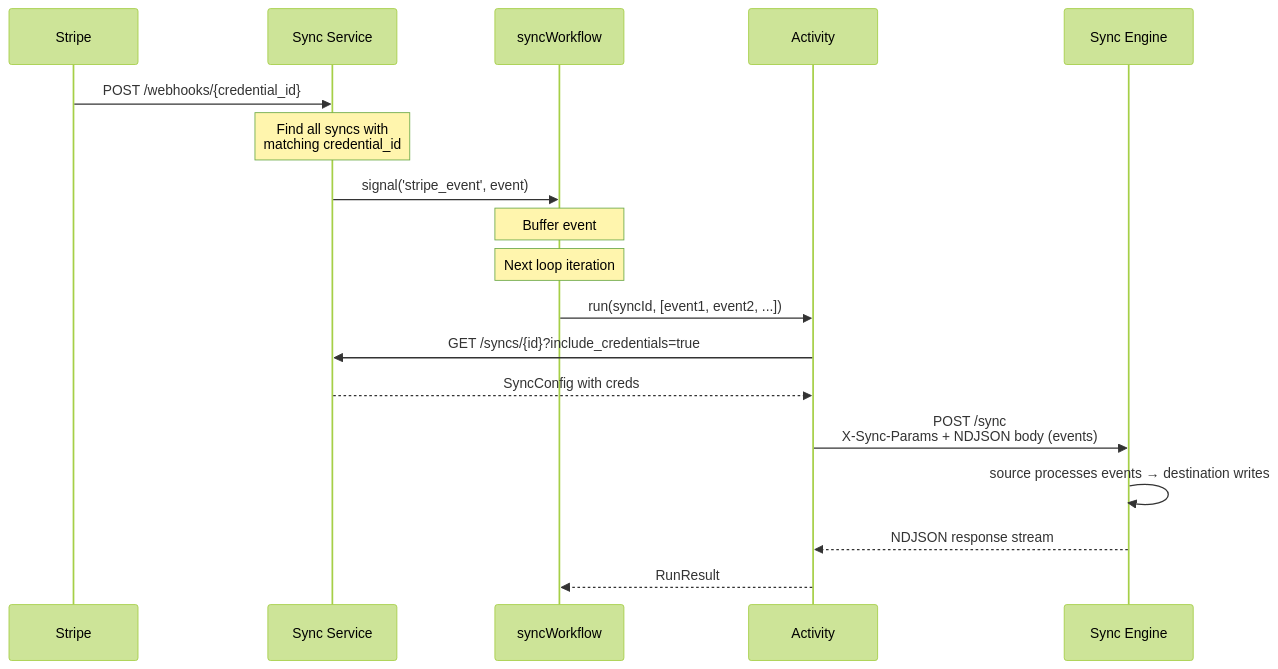
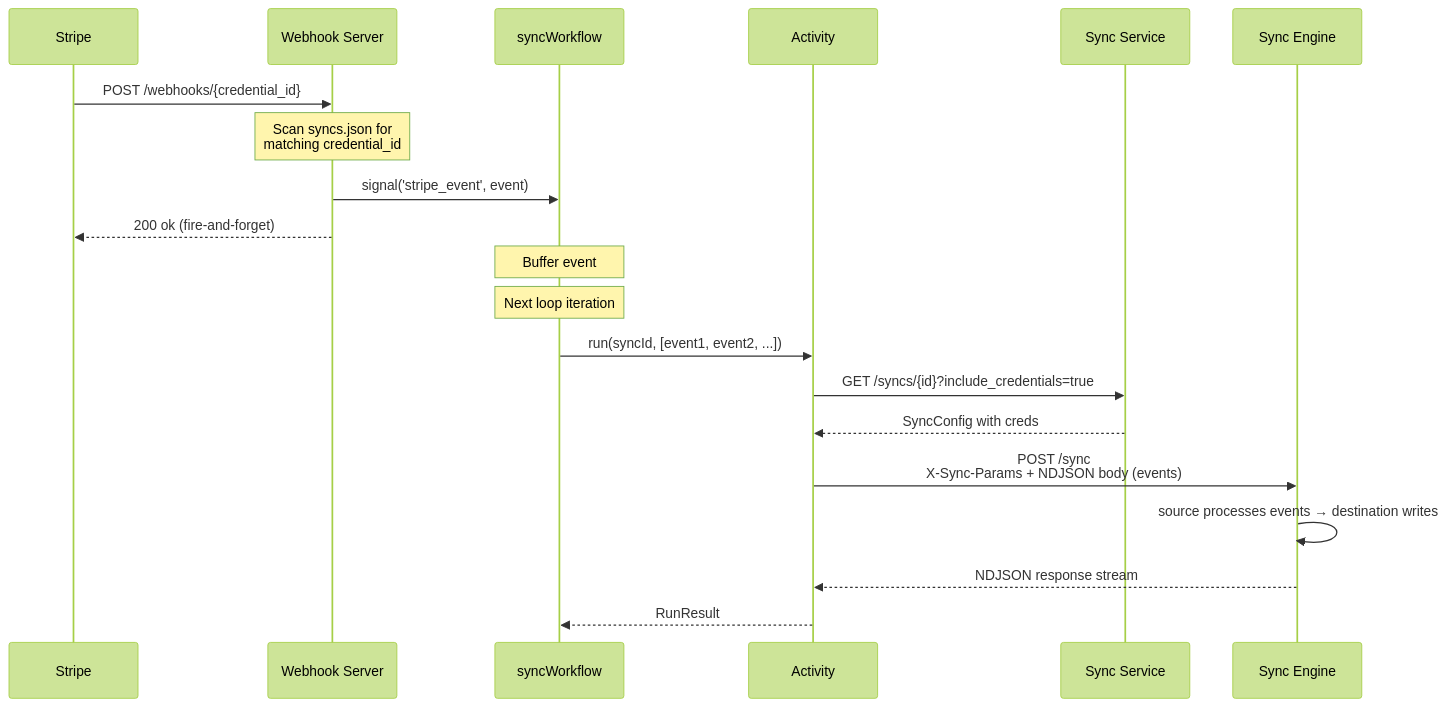
Before and after one commit to supabase/stripe-sync-engine: the third of 5 diagrams in docs/pages/service/temporal.md, drawn with Mermaid (forest theme). The commit also changed other lines of this file, not shown here.

First line of the commit message:
docs(temporal): update for three-server architecture (webhook server split out)

````diff
--- a/docs/pages/service/temporal.md
+++ b/docs/pages/service/temporal.md
@@ -106,23 +112,25 @@
 ```mermaid
 sequenceDiagram
     participant Stripe
-    participant Service as Sync Service
+    participant Webhook as Webhook Server
     participant Workflow as syncWorkflow
     participant Activity
+    participant Service as Sync Service
     participant Engine as Sync Engine
 
-    Stripe->>Service: POST /webhooks/{credential_id}
-    Note over Service: Find all syncs with<br/>matching credential_id
-    Service->>Workflow: signal('stripe_event', event)
+    Stripe->>Webhook: POST /webhooks/{credential_id}
+    Note over Webhook: Scan syncs.json for<br/>matching credential_id
+    Webhook->>Workflow: signal('stripe_event', event)
+    Webhook-->>Stripe: 200 ok (fire-and-forget)
     Note over Workflow: Buffer event
 
     Note over Workflow: Next loop iteration
 
     Workflow->>Activity: run(syncId, [event1, event2, ...])
     Activity->>Service: GET /syncs/{id}?include_credentials=true
     Service-->>Activity: SyncConfig with creds
     Activity->>Engine: POST /sync<br/>X-Sync-Params + NDJSON body (events)
     Engine->>Engine: source processes events → destination writes
     Engine-->>Activity: NDJSON response stream
     Activity-->>Workflow: RunResult
 ```
````
